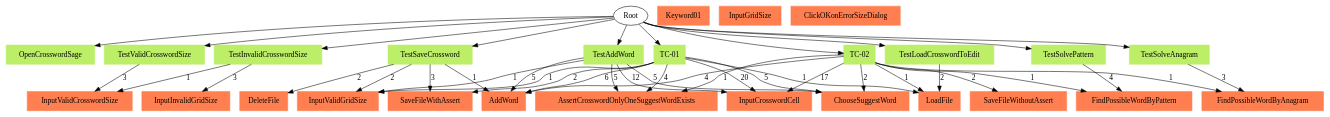
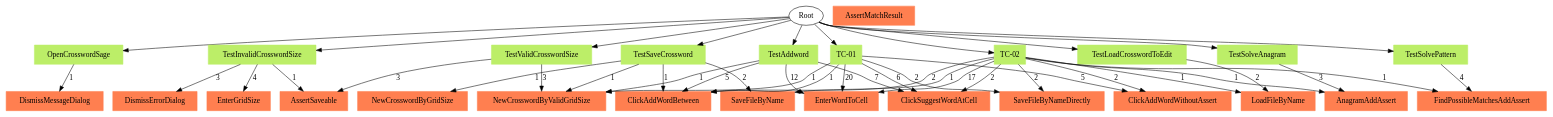
Before and after one commit to mypstom/robotide: the diagram in robotide/KTVgraph/TC2UK.gv, drawn with Graphviz. The commit also changed 23 other files, not shown here.

```diff
--- a/robotide/KTVgraph/TC2UK.gv
+++ b/robotide/KTVgraph/TC2UK.gv
@@ -1,70 +1,72 @@
 // TC <-> UK
 digraph {
 	Root
-	FindPossibleWordByPattern [color=coral shape=box style=filled]
-	Keyword01 [color=coral shape=box style=filled]
-	InputGridSize [color=coral shape=box style=filled]
-	SaveFileWithAssert [color=coral shape=box style=filled]
-	InputValidGridSize [color=coral shape=box style=filled]
-	InputCrosswordCell [color=coral shape=box style=filled]
-	ChooseSuggestWord [color=coral shape=box style=filled]
-	InputValidCrosswordSize [color=coral shape=box style=filled]
-	LoadFile [color=coral shape=box style=filled]
-	AddWord [color=coral shape=box style=filled]
-	FindPossibleWordByAnagram [color=coral shape=box style=filled]
-	AssertCrosswordOnlyOneSuggestWordExists [color=coral shape=box style=filled]
-	ClickOKonErrorSizeDialog [color=coral shape=box style=filled]
-	InputInvalidGridSize [color=coral shape=box style=filled]
-	SaveFileWithoutAssert [color=coral shape=box style=filled]
-	DeleteFile [color=coral shape=box style=filled]
+	ClickAddWordBetween [color=coral shape=box style=filled]
+	DismissErrorDialog [color=coral shape=box style=filled]
+	LoadFileByName [color=coral shape=box style=filled]
+	EnterGridSize [color=coral shape=box style=filled]
+	SaveFileByName [color=coral shape=box style=filled]
+	AnagramAddAssert [color=coral shape=box style=filled]
+	SaveFileByNameDirectly [color=coral shape=box style=filled]
+	DismissMessageDialog [color=coral shape=box style=filled]
+	ClickSuggestWordAtCell [color=coral shape=box style=filled]
+	ClickAddWordWithoutAssert [color=coral shape=box style=filled]
+	EnterWordToCell [color=coral shape=box style=filled]
+	AssertSaveable [color=coral shape=box style=filled]
+	AssertMatchResult [color=coral shape=box style=filled]
+	NewCrosswordByGridSize [color=coral shape=box style=filled]
+	NewCrosswordByValidGridSize [color=coral shape=box style=filled]
+	FindPossibleMatchesAddAssert [color=coral shape=box style=filled]
 	OpenCrosswordSage [color=darkolivegreen2 shape=box style=filled]
 		Root -> OpenCrosswordSage
 	TestValidCrosswordSize [color=darkolivegreen2 shape=box style=filled]
 		Root -> TestValidCrosswordSize
 	TestInvalidCrosswordSize [color=darkolivegreen2 shape=box style=filled]
 		Root -> TestInvalidCrosswordSize
-	TestAddWord [color=darkolivegreen2 shape=box style=filled]
-		Root -> TestAddWord
+	TestAddword [color=darkolivegreen2 shape=box style=filled]
+		Root -> TestAddword
 	TestSaveCrossword [color=darkolivegreen2 shape=box style=filled]
 		Root -> TestSaveCrossword
 	TestSolvePattern [color=darkolivegreen2 shape=box style=filled]
 		Root -> TestSolvePattern
 	TestLoadCrosswordToEdit [color=darkolivegreen2 shape=box style=filled]
 		Root -> TestLoadCrosswordToEdit
 	TestSolveAnagram [color=darkolivegreen2 shape=box style=filled]
 		Root -> TestSolveAnagram
 	"TC-01" [color=darkolivegreen2 shape=box style=filled]
 		Root -> "TC-01"
 	"TC-02" [color=darkolivegreen2 shape=box style=filled]
 		Root -> "TC-02"
-		"TC-02" -> InputCrosswordCell [label=17 len=10.0]
-		TestAddWord -> InputValidGridSize [label=1 len=10.0]
-		TestLoadCrosswordToEdit -> LoadFile [label=2 len=10.0]
-		TestAddWord -> AddWord [label=5 len=10.0]
-		"TC-01" -> InputCrosswordCell [label=20 len=10.0]
-		"TC-01" -> SaveFileWithAssert [label=2 len=10.0]
-		"TC-01" -> AddWord [label=6 len=10.0]
-		TestInvalidCrosswordSize -> InputValidCrosswordSize [label=1 len=10.0]
-		"TC-02" -> ChooseSuggestWord [label=2 len=10.0]
-		"TC-02" -> FindPossibleWordByAnagram [label=1 len=10.0]
-		TestAddWord -> InputCrosswordCell [label=12 len=10.0]
-		"TC-02" -> LoadFile [label=1 len=10.0]
-		TestSolveAnagram -> FindPossibleWordByAnagram [label=3 len=10.0]
-		"TC-02" -> SaveFileWithoutAssert [label=2 len=10.0]
-		TestSaveCrossword -> SaveFileWithAssert [label=3 len=10.0]
-		TestInvalidCrosswordSize -> InputInvalidGridSize [label=3 len=10.0]
-		"TC-02" -> FindPossibleWordByPattern [label=1 len=10.0]
-		TestAddWord -> ChooseSuggestWord [label=5 len=10.0]
-		TestSaveCrossword -> DeleteFile [label=2 len=10.0]
-		TestSaveCrossword -> InputValidGridSize [label=2 len=10.0]
-		"TC-01" -> ChooseSuggestWord [label=5 len=10.0]
-		TestValidCrosswordSize -> InputValidCrosswordSize [label=3 len=10.0]
-		"TC-02" -> AddWord [label=4 len=10.0]
-		"TC-01" -> LoadFile [label=1 len=10.0]
-		"TC-01" -> AssertCrosswordOnlyOneSuggestWordExists [label=4 len=10.0]
-		"TC-01" -> InputValidGridSize [label=1 len=10.0]
-		TestSolvePattern -> FindPossibleWordByPattern [label=4 len=10.0]
-		TestSaveCrossword -> AddWord [label=1 len=10.0]
-		TestAddWord -> AssertCrosswordOnlyOneSuggestWordExists [label=5 len=10.0]
-		"TC-02" -> AssertCrosswordOnlyOneSuggestWordExists [label=1 len=10.0]
+		TestSaveCrossword -> ClickAddWordBetween [label=1 len=10.0]
+		TestInvalidCrosswordSize -> EnterGridSize [label=4 len=10.0]
+		TestSaveCrossword -> SaveFileByName [label=2 len=10.0]
+		TestValidCrosswordSize -> NewCrosswordByValidGridSize [label=3 len=10.0]
+		"TC-01" -> ClickSuggestWordAtCell [label=6 len=10.0]
+		TestSaveCrossword -> NewCrosswordByGridSize [label=1 len=10.0]
+		TestAddword -> ClickAddWordBetween [label=5 len=10.0]
+		"TC-01" -> SaveFileByNameDirectly [label=2 len=10.0]
+		"TC-02" -> ClickAddWordWithoutAssert [label=2 len=10.0]
+		TestInvalidCrosswordSize -> AssertSaveable [label=1 len=10.0]
+		"TC-01" -> EnterWordToCell [label=20 len=10.0]
+		TestSolveAnagram -> AnagramAddAssert [label=3 len=10.0]
+		"TC-01" -> ClickAddWordBetween [label=1 len=10.0]
+		"TC-01" -> NewCrosswordByValidGridSize [label=1 len=10.0]
+		"TC-02" -> ClickAddWordBetween [label=2 len=10.0]
+		TestAddword -> NewCrosswordByValidGridSize [label=1 len=10.0]
+		TestAddword -> EnterWordToCell [label=12 len=10.0]
+		TestSolvePattern -> FindPossibleMatchesAddAssert [label=4 len=10.0]
+		"TC-02" -> FindPossibleMatchesAddAssert [label=1 len=10.0]
+		"TC-02" -> ClickSuggestWordAtCell [label=2 len=10.0]
+		"TC-02" -> SaveFileByName [label=1 len=10.0]
+		"TC-02" -> SaveFileByNameDirectly [label=2 len=10.0]
+		TestLoadCrosswordToEdit -> LoadFileByName [label=2 len=10.0]
+		"TC-02" -> LoadFileByName [label=1 len=10.0]
+		TestValidCrosswordSize -> AssertSaveable [label=3 len=10.0]
+		TestInvalidCrosswordSize -> DismissErrorDialog [label=3 len=10.0]
+		OpenCrosswordSage -> DismissMessageDialog [label=1 len=10.0]
+		"TC-02" -> AnagramAddAssert [label=1 len=10.0]
+		"TC-02" -> EnterWordToCell [label=17 len=10.0]
+		"TC-01" -> ClickAddWordWithoutAssert [label=5 len=10.0]
+		TestAddword -> ClickSuggestWordAtCell [label=7 len=10.0]
+		TestSaveCrossword -> NewCrosswordByValidGridSize [label=1 len=10.0]
 }
```
